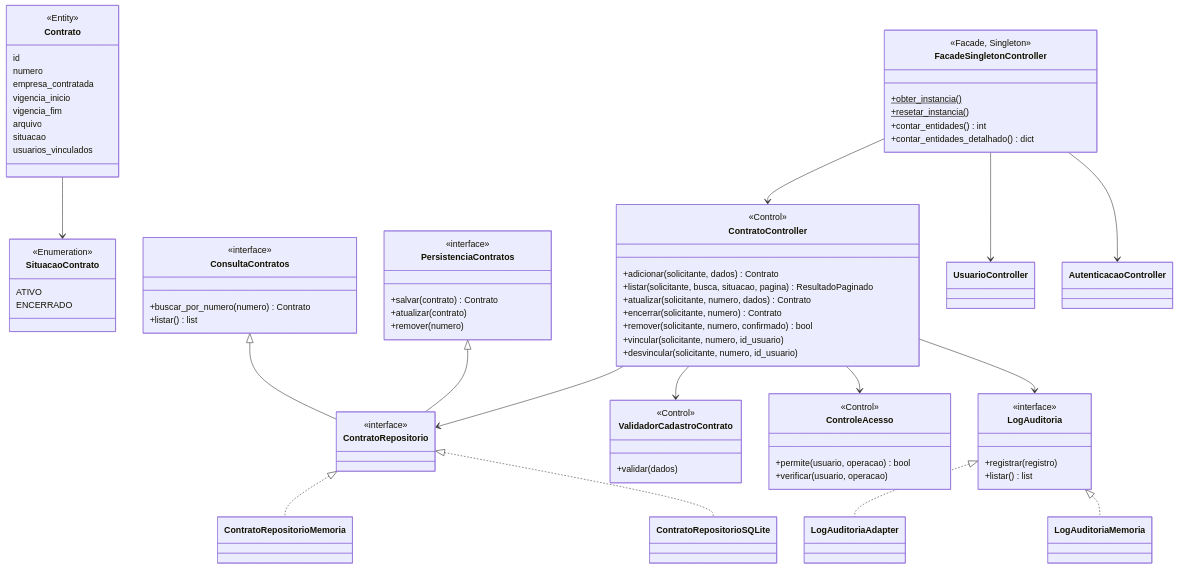
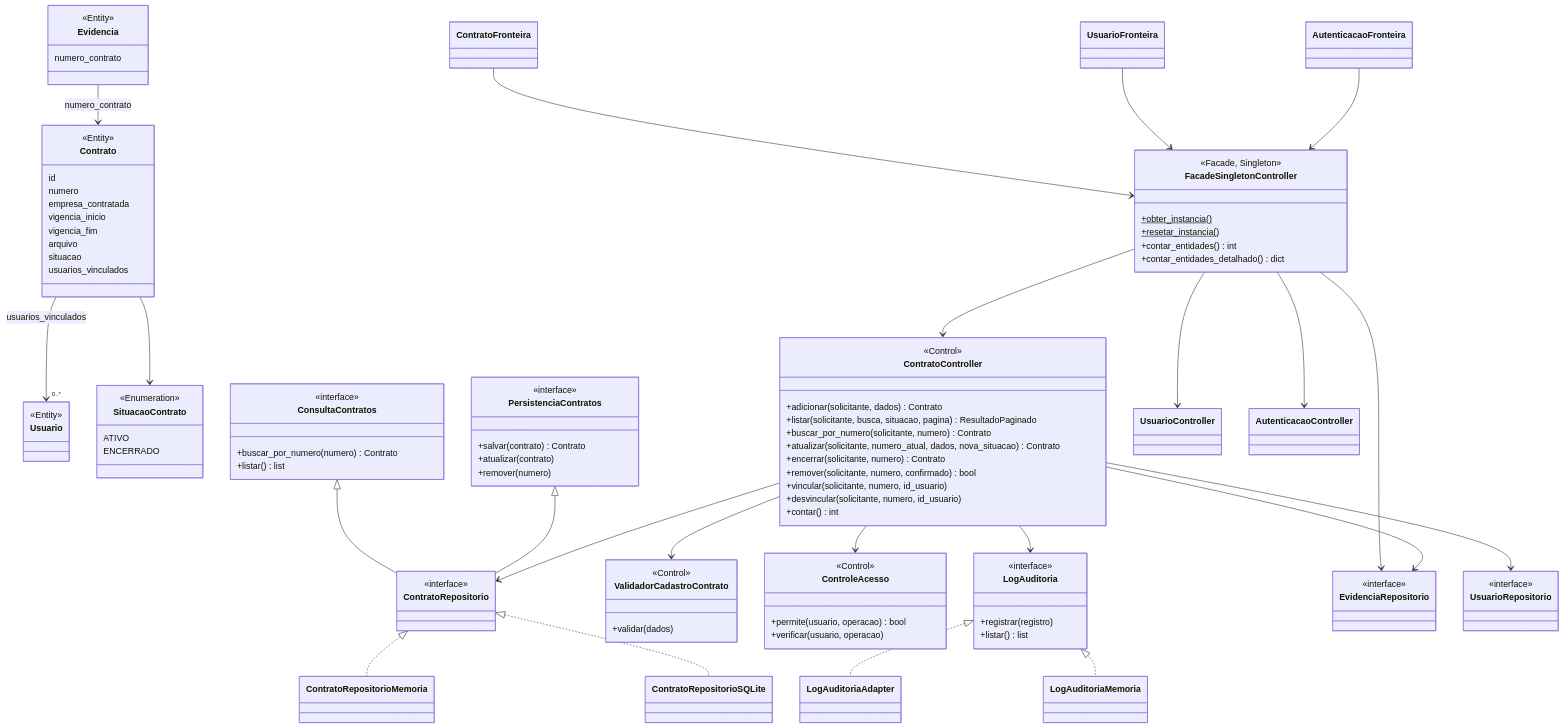
One commit to bruvaloes/audita changed the third of 3 diagrams in docs/08-projeto.md. Above: the diagram before and after it, drawn with Mermaid. The commit also changed other lines of this file and 8 other files, not shown here.

First line of the commit message:
docs(diagramas): atualizar casos de uso e classes até a Sprint 3

````diff
--- a/docs/08-projeto.md
+++ b/docs/08-projeto.md
@@ -102,5 +107,12 @@
 ```mermaid
 classDiagram
+    class Usuario {
+        <<Entity>>
+    }
+    class Evidencia {
+        <<Entity>>
+        numero_contrato
+    }
     class Contrato {
         <<Entity>>
         id
@@ -135,11 +147,13 @@
         <<Control>>
         +adicionar(solicitante, dados) Contrato
         +listar(solicitante, busca, situacao, pagina) ResultadoPaginado
-        +atualizar(solicitante, numero, dados) Contrato
+        +buscar_por_numero(solicitante, numero) Contrato
+        +atualizar(solicitante, numero_atual, dados, nova_situacao) Contrato
         +encerrar(solicitante, numero) Contrato
         +remover(solicitante, numero, confirmado) bool
         +vincular(solicitante, numero, id_usuario)
         +desvincular(solicitante, numero, id_usuario)
+        +contar() int
     }
     class ValidadorCadastroContrato {
         <<Control>>
@@ -166,8 +180,25 @@
     }
     class UsuarioController
     class AutenticacaoController
+    class ContratoFronteira
+    class UsuarioFronteira
+    class AutenticacaoFronteira
+    class EvidenciaRepositorio {
+        <<interface>>
+    }
+    class UsuarioRepositorio {
+        <<interface>>
+    }
 
     Contrato --> SituacaoContrato
+    Contrato --> "0..*" Usuario : usuarios_vinculados
+    Evidencia --> Contrato : numero_contrato
+    ContratoFronteira --> FacadeSingletonController
+    UsuarioFronteira --> FacadeSingletonController
+    AutenticacaoFronteira --> FacadeSingletonController
+    FacadeSingletonController --> EvidenciaRepositorio
+    ContratoController --> EvidenciaRepositorio
+    ContratoController --> UsuarioRepositorio
     ConsultaContratos <|-- ContratoRepositorio
     PersistenciaContratos <|-- ContratoRepositorio
     ContratoRepositorio <|.. ContratoRepositorioMemoria
````
